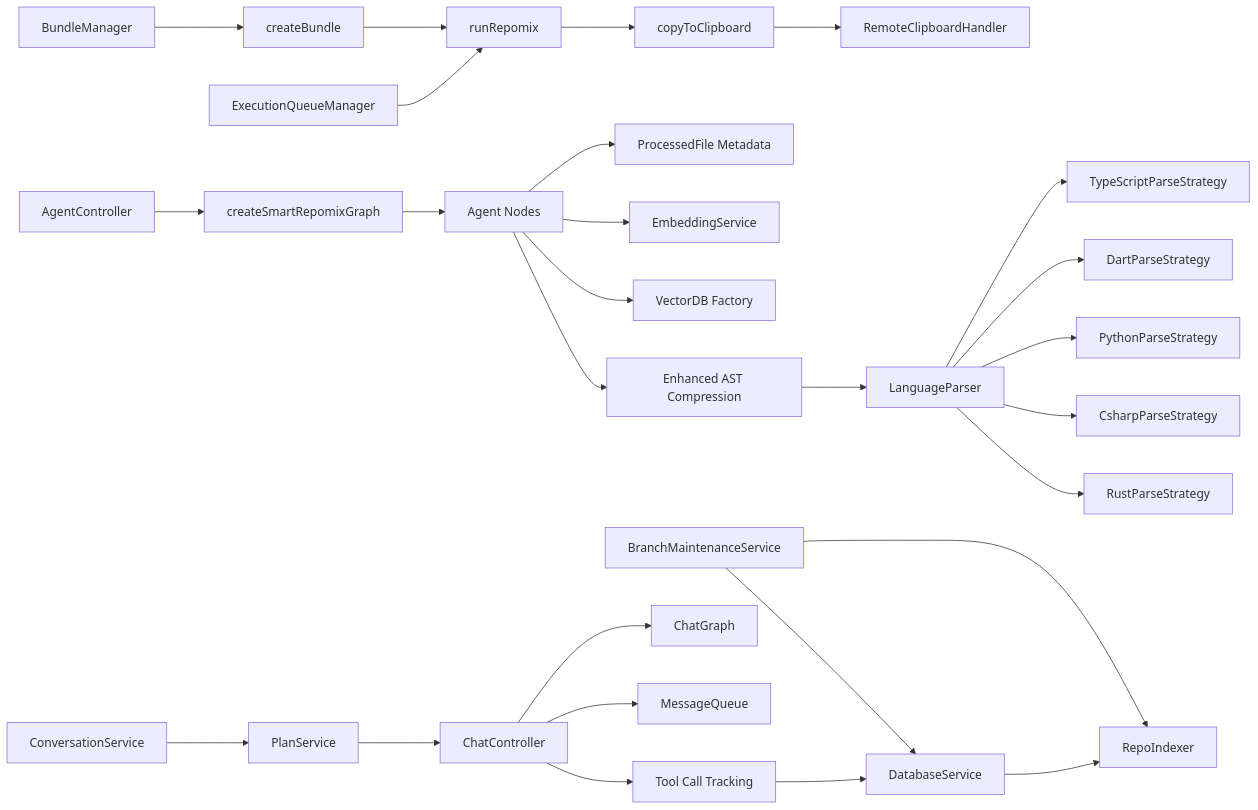
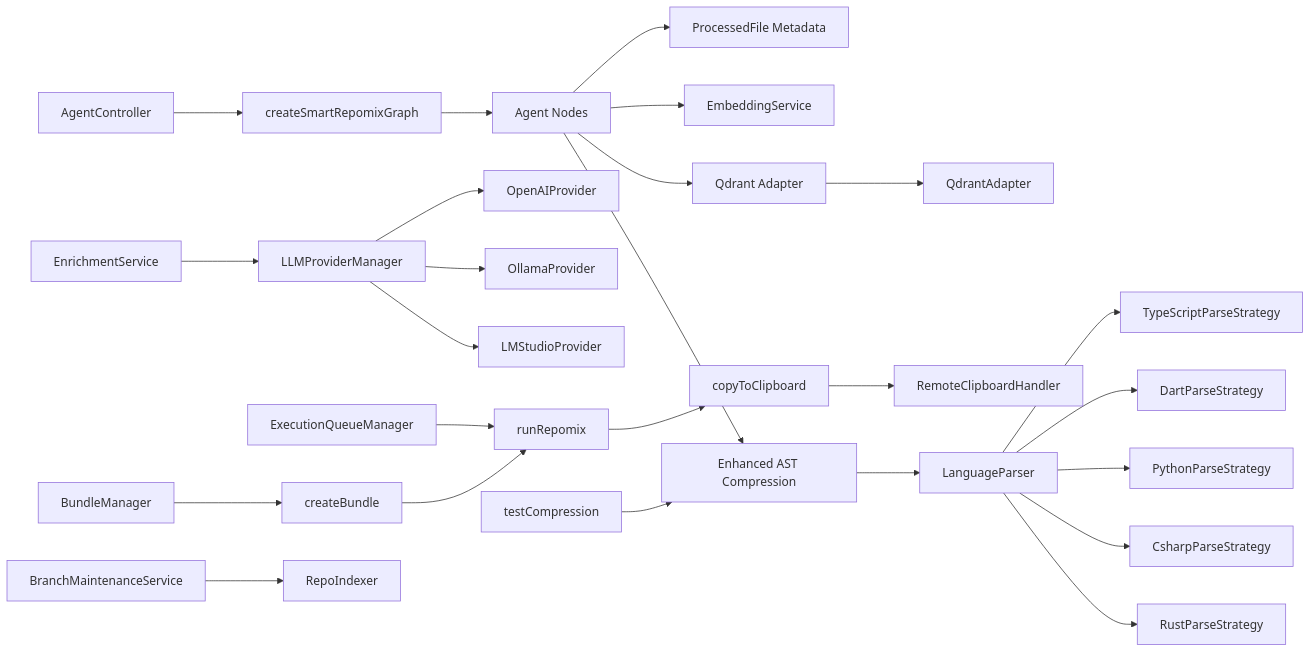
Before and after one commit to bramburn/repomix-runner: the tenth of 10 diagrams in .qoder/repowiki/en/content/Core Features/Core Features.md, drawn with Mermaid. The commit also changed other lines of this file and 41 other files, not shown here.

````diff
--- a/.qoder/repowiki/en/content/Core Features/Core Features.md
+++ b/.qoder/repowiki/en/content/Core Features/Core Features.md
@@ -729,29 +835,27 @@
 ```mermaid
 graph LR
 BM["BundleManager"] --> CB["createBundle"]
 CB --> RR["runRepomix"]
 RR --> CT["copyToClipboard"]
 AC["AgentController"] --> GR["createSmartRepomixGraph"]
 GR --> ND["Agent Nodes"]
 ND --> PF["ProcessedFile Metadata"]
 ND --> EMB["EmbeddingService"]
-ND --> VDF["VectorDB Factory"]
+ND --> VDF["Qdrant Adapter"]
 ND --> COMP["Enhanced AST Compression"]
-CT --> RCH["RemoteClipboardHandler"]
-EQM["ExecutionQueueManager"] --> RR
-BMS["BranchMaintenanceService"] --> RI["RepoIndexer"]
-BMS --> DB["DatabaseService"]
-DB --> RI
-CS["ConversationService"] --> PC["PlanService"]
-PC --> CC["ChatController"]
-CC --> CG["ChatGraph"]
-CC --> MQ["MessageQueue"]
-CC --> TC["Tool Call Tracking"]
-TC --> DB
 COMP --> LP["LanguageParser"]
 LP --> TPS["TypeScriptParseStrategy"]
 LP --> DPS["DartParseStrategy"]
 LP --> PPS["PythonParseStrategy"]
 LP --> CSP["CsharpParseStrategy"]
 LP --> RPS["RustParseStrategy"]
+CT --> RCH["RemoteClipboardHandler"]
+EQM["ExecutionQueueManager"] --> RR
+BMS["BranchMaintenanceService"] --> RI["RepoIndexer"]
+LPM["LLMProviderManager"] --> OP["OpenAIProvider"]
+LPM --> OL["OllamaProvider"]
+LPM --> LM["LMStudioProvider"]
+ES["EnrichmentService"] --> LPM
+VDF --> QDR["QdrantAdapter"]
+TC["testCompression"] --> COMP
 ```
````
